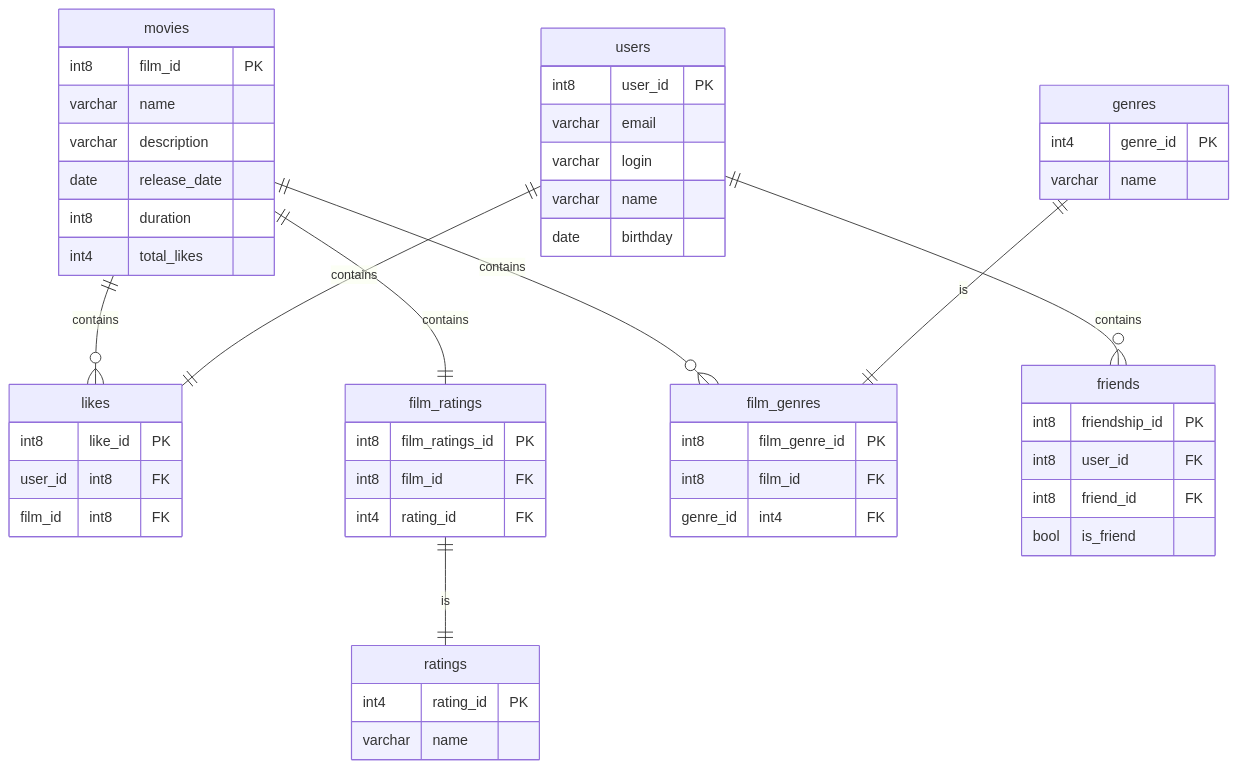
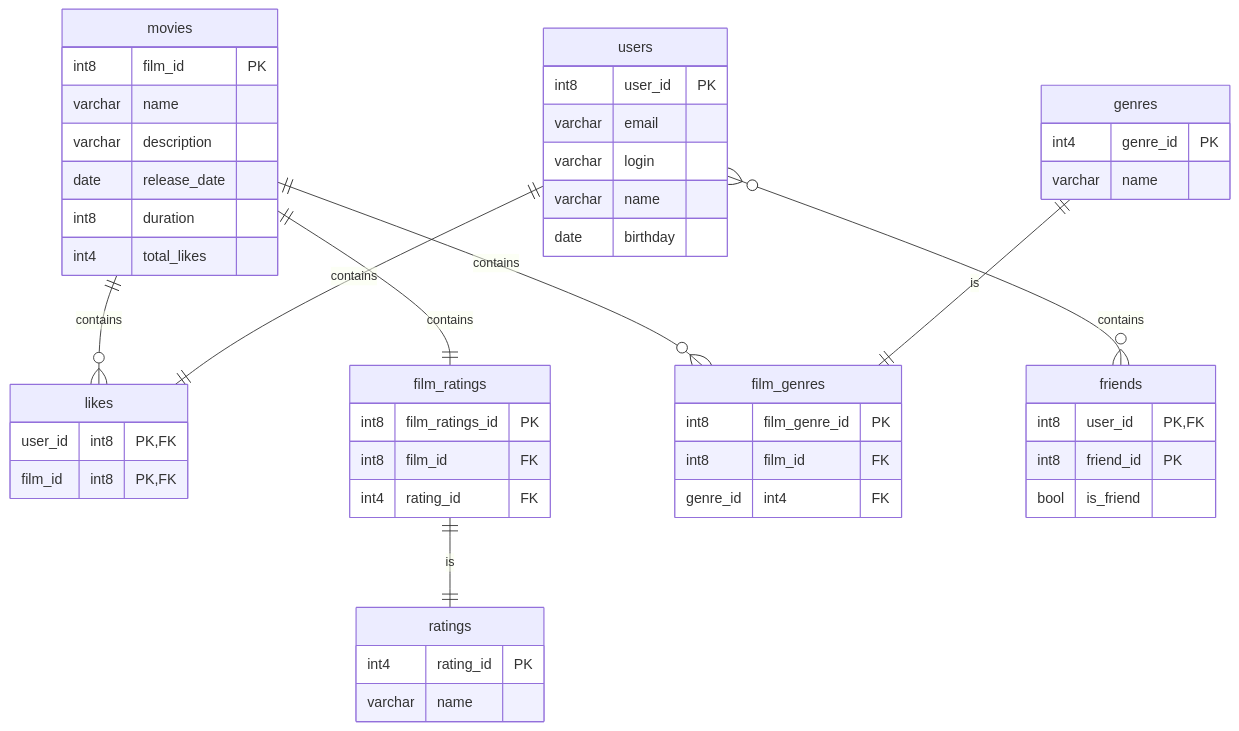
One commit to MikeKotal/java-filmorate changed the diagram in README.md. Above: the diagram before and after it, drawn with Mermaid. The commit also changed 31 other files, not shown here.

````diff
--- a/README.md
+++ b/README.md
@@ -9,62 +9,60 @@
 ```mermaid
 erDiagram
     movies {
         int8 film_id PK
         varchar name
         varchar description
         date release_date
         int8 duration
         int4 total_likes
     }
     
     likes {
-        int8 like_id PK
-        user_id int8 FK
-        film_id int8 FK
+        user_id int8 PK,FK
+        film_id int8 PK,FK
     }
     
     ratings {
         int4 rating_id PK
         varchar name
     }
 
     film_ratings {
         int8 film_ratings_id PK
         int8 film_id FK
         int4 rating_id FK
     }
 
     film_genres {
         int8 film_genre_id PK
         int8 film_id FK
         genre_id int4 FK
     }
     
     genres {
         int4 genre_id PK
         varchar name
     }
     users {
         int8 user_id PK
         varchar email
         varchar login
         varchar name
         date birthday
     }
     
     friends {
-        int8 friendship_id PK
-        int8 user_id FK
-        int8 friend_id FK
+        int8 user_id PK,FK
+        int8 friend_id PK
         bool is_friend
     }
     
     genres||--||film_genres : is
     movies ||--o{ film_genres : contains
     users ||--|| likes : contains
     movies ||--o{ likes : contains
     movies ||--|| film_ratings : contains
     film_ratings ||--|| ratings : is
-    users ||--o{ friends : contains
+    users }o--o{ friends : contains
     
 ```
````
